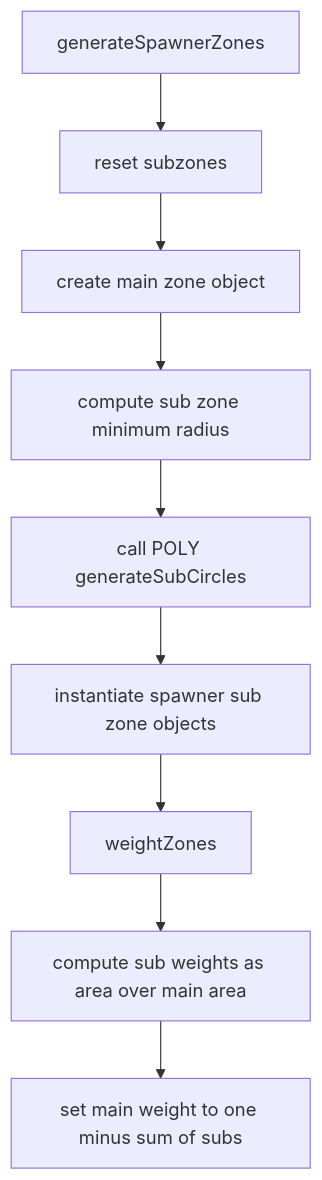
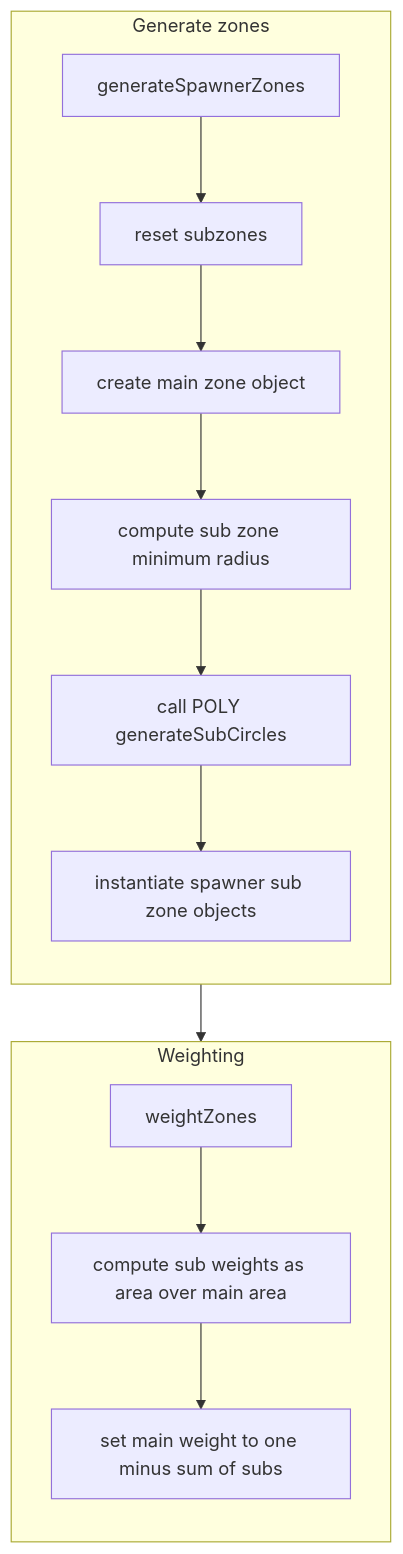
Before and after one commit to Gh0st352/AETHR: the first of 5 diagrams in docs/spawner/zones_and_divisions.md, drawn with Mermaid. The commit also changed other lines of this file and 9 other files, not shown here.

First line of the commit message:
docs(spawner, mermaid): restructure diagrams and clarify headings

````diff
--- a/docs/spawner/zones_and_divisions.md
+++ b/docs/spawner/zones_and_divisions.md
@@ -14,11 +14,20 @@
 ```mermaid
+%% shared theme: docs/_mermaid/theme.json %%
 flowchart TD
-  Z0[generateSpawnerZones] --> Z1[reset subzones]
-  Z1 --> Z2[create main zone object]
-  Z2 --> Z3[compute sub zone minimum radius]
-  Z3 --> Z4[call POLY generateSubCircles]
-  Z4 --> Z5[instantiate spawner sub zone objects]
-  Z5 --> W0[weightZones]
-  W0 --> W1[compute sub weights as area over main area]
-  W1 --> W2[set main weight to one minus sum of subs]
+  subgraph "Generate zones"
+    direction TB
+    Z0[generateSpawnerZones] --> Z1[reset subzones]
+    Z1 --> Z2[create main zone object]
+    Z2 --> Z3[compute sub zone minimum radius]
+    Z3 --> Z4[call POLY generateSubCircles]
+    Z4 --> Z5[instantiate spawner sub zone objects]
+  end
+  subgraph "Weighting"
+    direction TB
+    Z5 --> W0[weightZones]
+    W0 --> W1[compute sub weights as area over main area]
+    W1 --> W2[set main weight to one minus sum of subs]
+  end
+  class Z0 class_io;
+  class Z1,Z2,Z3,Z4,Z5,W0,W1,W2 class_step;
 ```
````
